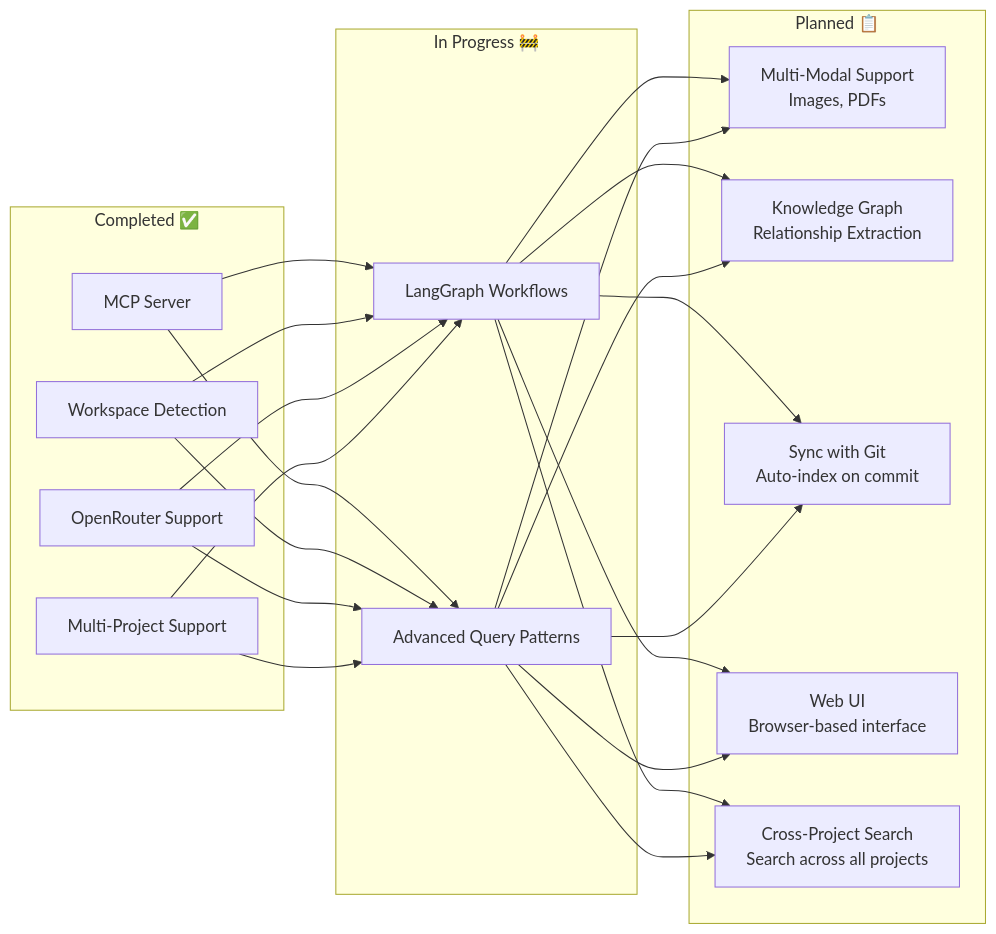
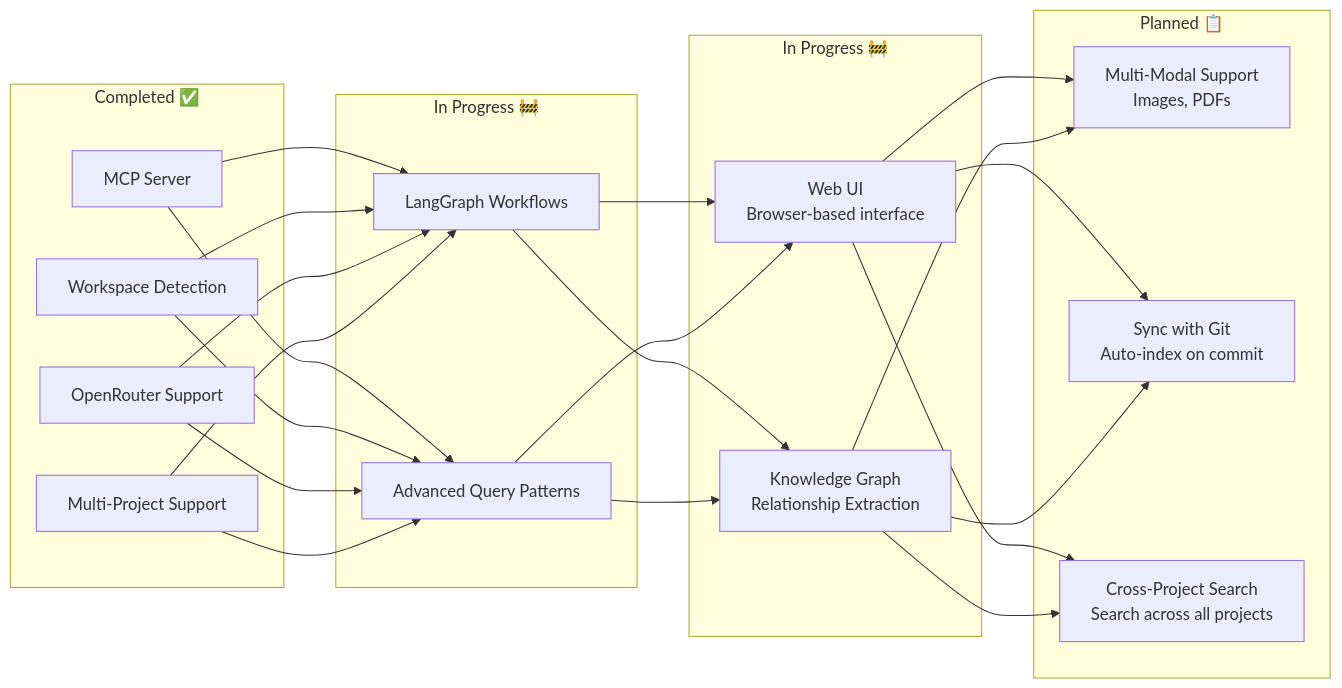
Diagram 13 of 13 in BLOG_POST.md (ewheels44/Mimir), drawn with Mermaid before and after one commit. The commit also changed other lines of this file and 8 other files, not shown here.

````diff
--- a/BLOG_POST.md
+++ b/BLOG_POST.md
@@ -977,25 +982,29 @@
 ```mermaid
 flowchart LR
     subgraph "Completed ✅"
         C1[MCP Server]
         C2[Workspace Detection]
         C3[OpenRouter Support]
         C4[Multi-Project Support]
     end
     
     subgraph "In Progress 🚧"
         P1[LangGraph Workflows]
         P2[Advanced Query Patterns]
     end
     
+    subgraph "In Progress 🚧"
+        IP1[Web UI<br/>Browser-based interface]
+        IP2[Knowledge Graph<br/>Relationship Extraction]
+    end
+    
     subgraph "Planned 📋"
         PL1[Multi-Modal Support<br/>Images, PDFs]
-        PL2[Knowledge Graph<br/>Relationship Extraction]
-        PL3[Sync with Git<br/>Auto-index on commit]
-        PL4[Web UI<br/>Browser-based interface]
-        PL5[Cross-Project Search<br/>Search across all projects]
+        PL2[Sync with Git<br/>Auto-index on commit]
+        PL3[Cross-Project Search<br/>Search across all projects]
     end
     
     C1 & C2 & C3 & C4 --> P1 & P2
-    P1 & P2 --> PL1 & PL2 & PL3 & PL4 & PL5
+    P1 & P2 --> IP1 & IP2
+    IP1 & IP2 --> PL1 & PL2 & PL3
 ```
````
